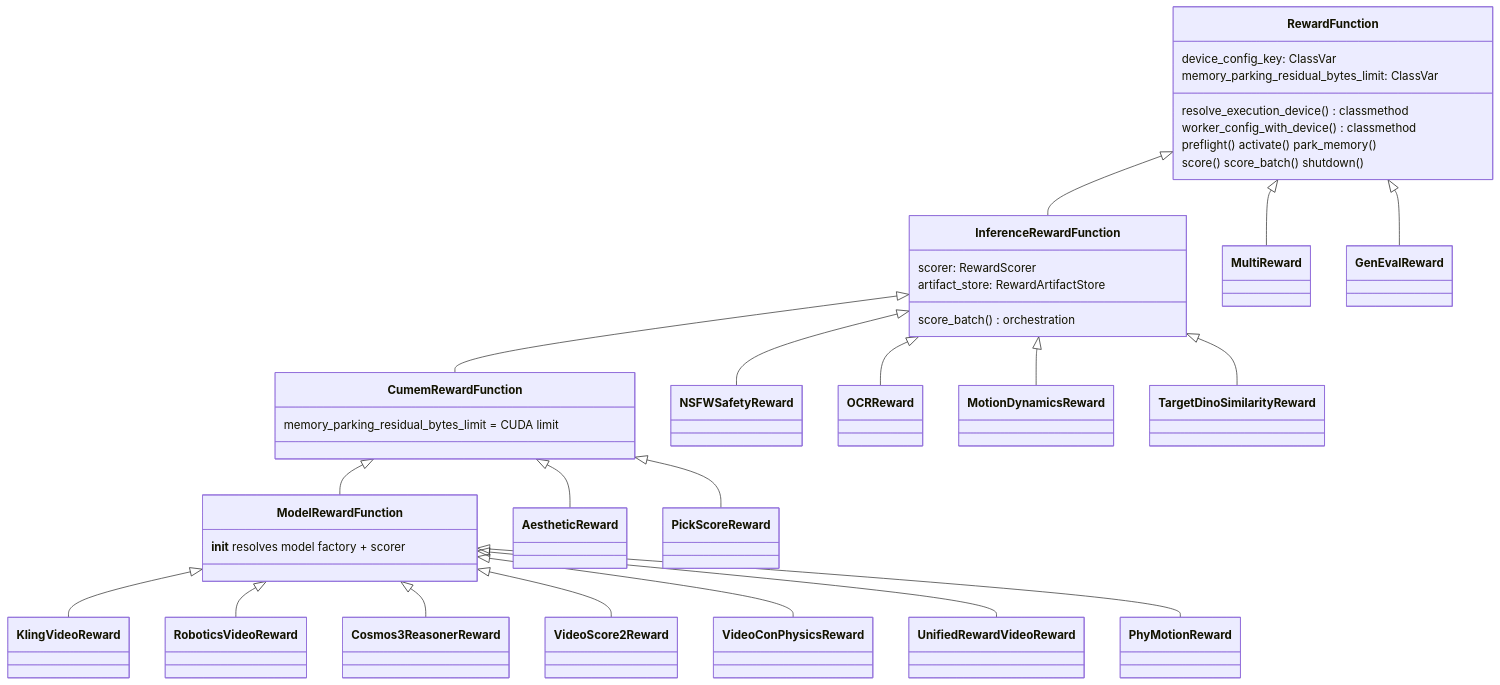
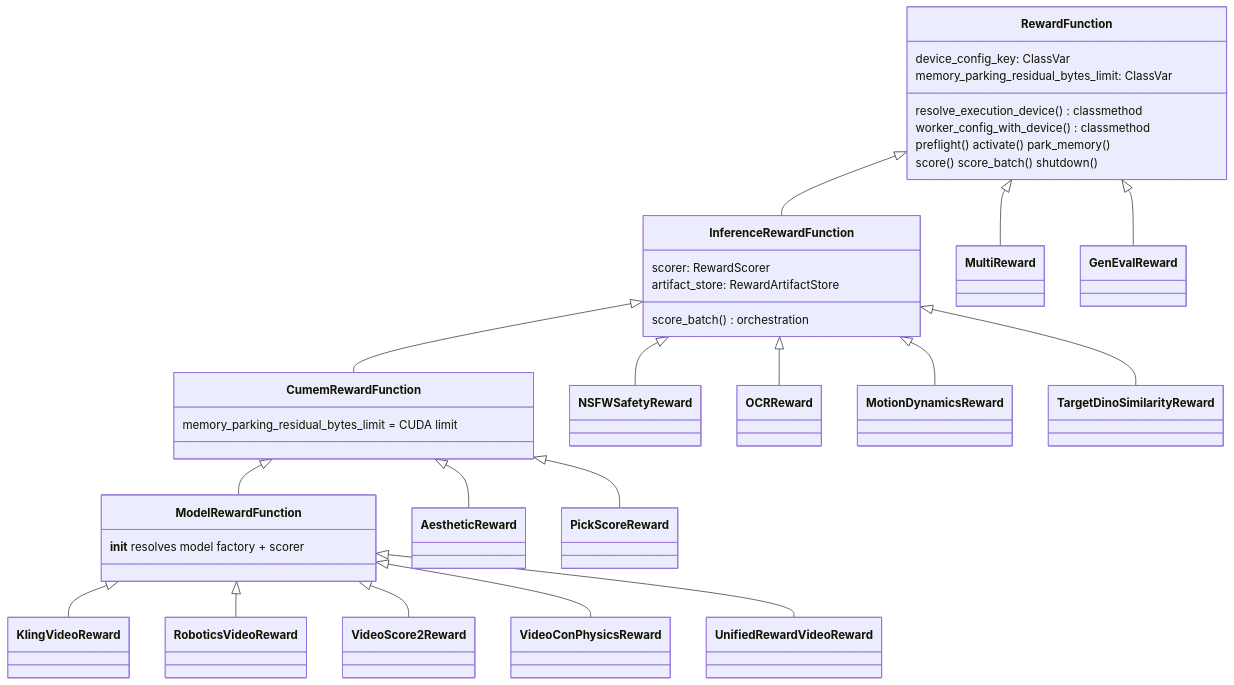
Before and after one commit to guoriyue/VRL: the third of 3 diagrams in docs/ENGINE_ARCHITECTURE.md, drawn with Mermaid. The commit also changed other lines of this file and 19 other files, not shown here.

First line of the commit message:
rewards: remove the cosmos3_reasoner judge and the phymotion external bridge

````diff
--- a/docs/ENGINE_ARCHITECTURE.md
+++ b/docs/ENGINE_ARCHITECTURE.md
@@ -167,40 +167,38 @@
 ```mermaid
 classDiagram
     class RewardFunction {
         device_config_key: ClassVar
         memory_parking_residual_bytes_limit: ClassVar
         resolve_execution_device() classmethod
         worker_config_with_device() classmethod
         preflight() activate() park_memory()
         score() score_batch() shutdown()
     }
     class InferenceRewardFunction {
         scorer: RewardScorer
         artifact_store: RewardArtifactStore
         score_batch() orchestration
     }
     class CumemRewardFunction {
         memory_parking_residual_bytes_limit = CUDA limit
     }
     class ModelRewardFunction {
         __init__ resolves model factory + scorer
     }
     RewardFunction <|-- InferenceRewardFunction
     InferenceRewardFunction <|-- CumemRewardFunction
     CumemRewardFunction <|-- ModelRewardFunction
     RewardFunction <|-- MultiReward
     RewardFunction <|-- GenEvalReward
     InferenceRewardFunction <|-- NSFWSafetyReward
     InferenceRewardFunction <|-- OCRReward
     InferenceRewardFunction <|-- MotionDynamicsReward
     InferenceRewardFunction <|-- TargetDinoSimilarityReward
     CumemRewardFunction <|-- AestheticReward
     CumemRewardFunction <|-- PickScoreReward
     ModelRewardFunction <|-- KlingVideoReward
     ModelRewardFunction <|-- RoboticsVideoReward
-    ModelRewardFunction <|-- Cosmos3ReasonerReward
     ModelRewardFunction <|-- VideoScore2Reward
     ModelRewardFunction <|-- VideoConPhysicsReward
     ModelRewardFunction <|-- UnifiedRewardVideoReward
-    ModelRewardFunction <|-- PhyMotionReward
 ```
````
